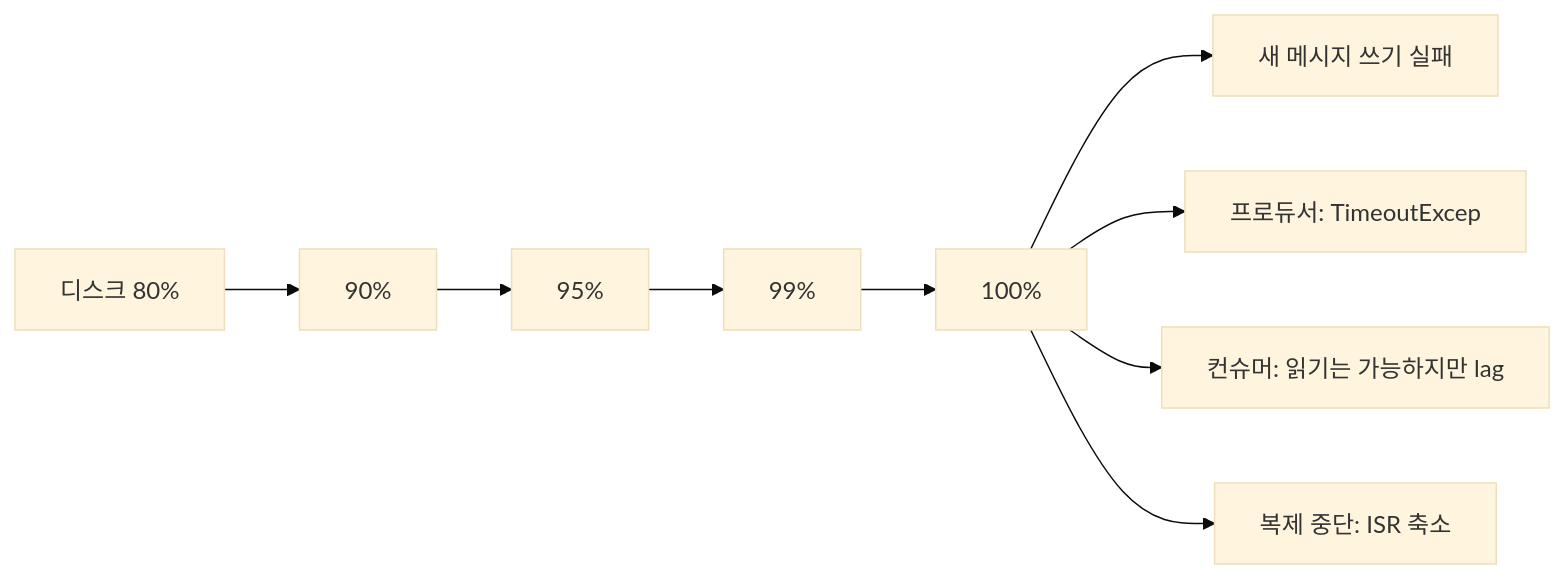
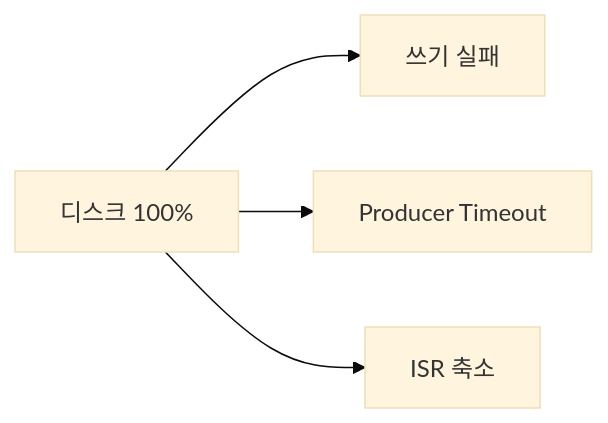
One commit to yjkim2015/yjkim2015.github.io changed the tenth of 21 diagrams in _posts/kafka/2026-05-01-kafka-extreme-scenarios.md. Above: the diagram before and after it, drawn with Mermaid (base theme). The commit also changed other lines of this file and 163 other files, not shown here.

First line of the commit message:
Mermaid 300개 블록 내용 축소: 5노드 5엣지 이하, 의미 있는 약어

````diff
--- a/_posts/kafka/2026-05-01-kafka-extreme-scenarios.md
+++ b/_posts/kafka/2026-05-01-kafka-extreme-scenarios.md
@@ -268,8 +266,6 @@
 ```mermaid
 graph LR
-    D80["디스크 80%"] --> D90["90%"] --> D95["95%"] --> D99["99%"] --> D100["100%"]
-    D100 --> E1["새 메시지 쓰기 실패"]
-    D100 --> E2["프로듀서: TimeoutExcep"]
-    D100 --> E3["컨슈머: 읽기는 가능하지만 lag"]
-    D100 --> E4["복제 중단: ISR 축소"]
+    D["디스크 100%"] --> E1["쓰기 실패"]
+    D --> E2["Producer Timeout"]
+    D --> E3["ISR 축소"]
 ```
````
